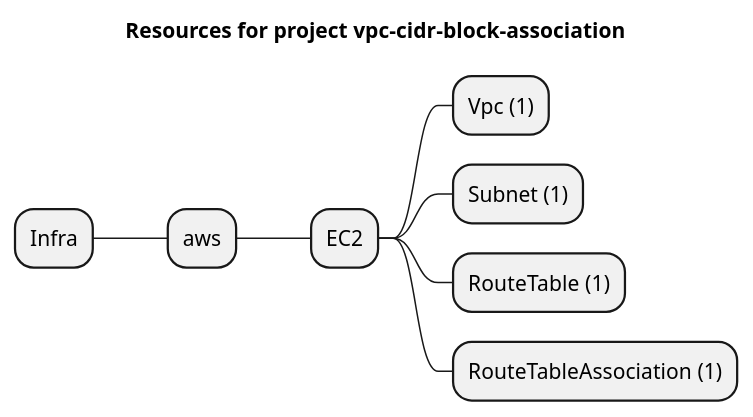
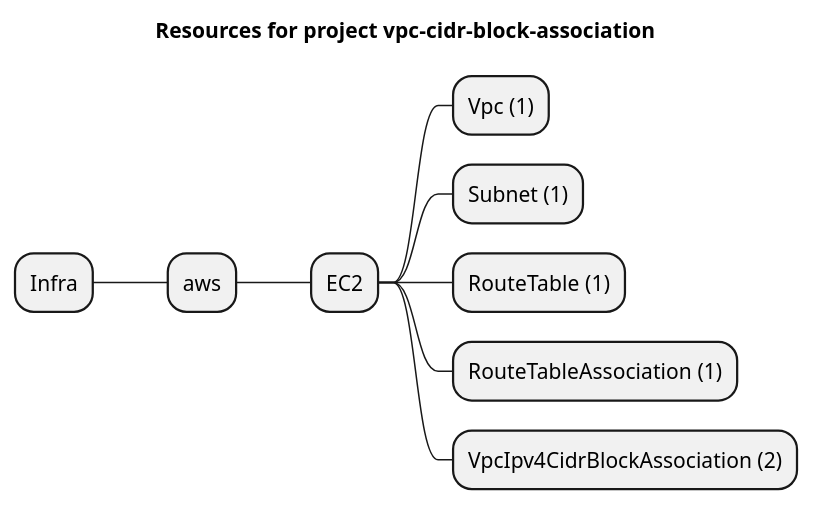
Before and after one commit to grucloud/grucloud: the diagram in examples/aws/EC2/Vpc/vpc-cidr-block-association/artifacts/resources-mindmap.puml, drawn with PlantUML. The commit also changed 6 other files, not shown here.

Commit message:
EC2VpcIpv4CidrBlockAssociation

```diff
--- a/examples/aws/EC2/Vpc/vpc-cidr-block-association/artifacts/resources-mindmap.puml
+++ b/examples/aws/EC2/Vpc/vpc-cidr-block-association/artifacts/resources-mindmap.puml
@@ -1,11 +1,12 @@
 @startmindmap
 title Resources for project vpc-cidr-block-association
 skinparam monochrome true
 + Infra
 ++ aws
 +++ EC2
 ++++ Vpc (1)
 ++++ Subnet (1)
 ++++ RouteTable (1)
 ++++ RouteTableAssociation (1)
+++++ VpcIpv4CidrBlockAssociation (2)
 @endmindmap
```
